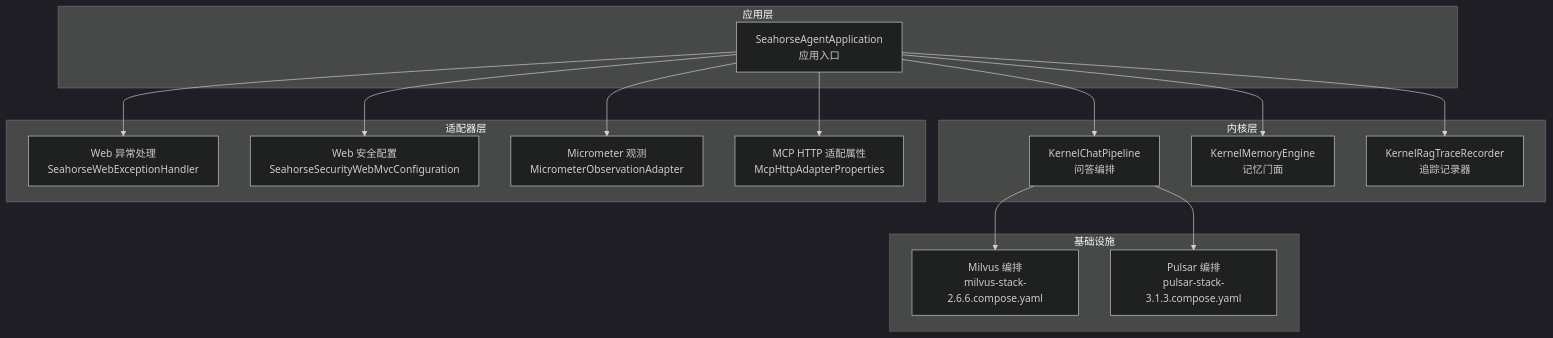
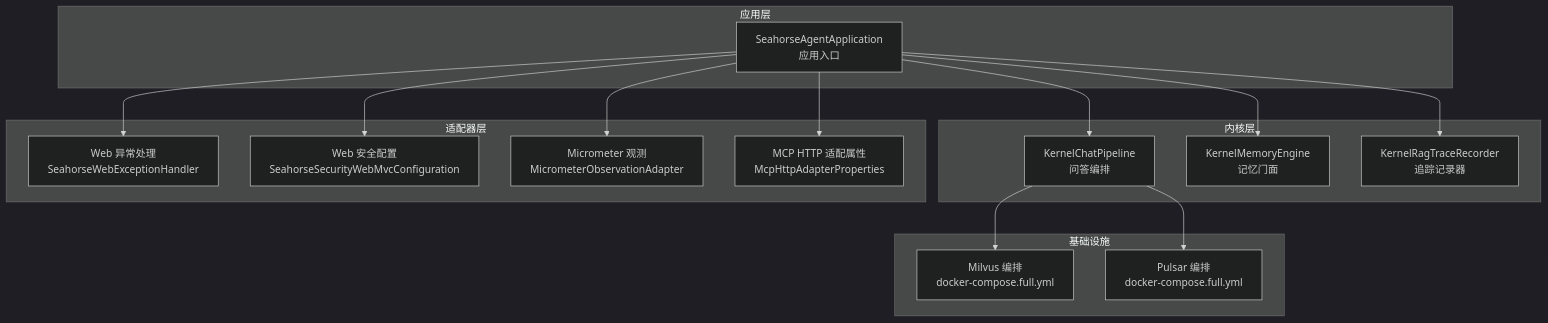
Before and after one commit to onceMisery/seahorse-agent: the first of 9 diagrams in docs/zh/content/监控运维/故障排查.md, drawn with Mermaid (dark theme). The commit also changed other lines of this file and 71 other files, not shown here.

Commit message:
docs: align docs with current architecture

````diff
--- a/docs/zh/content/监控运维/故障排查.md
+++ b/docs/zh/content/监控运维/故障排查.md
@@ -44,30 +44,30 @@
 ```mermaid
 graph TB
 subgraph "应用层"
 APP["SeahorseAgentApplication<br/>应用入口"]
 end
 subgraph "内核层"
 KCP["KernelChatPipeline<br/>问答编排"]
 KME["KernelMemoryEngine<br/>记忆门面"]
 KRT["KernelRagTraceRecorder<br/>追踪记录器"]
 end
 subgraph "适配器层"
 WEB["Web 异常处理<br/>SeahorseWebExceptionHandler"]
 SEC["Web 安全配置<br/>SeahorseSecurityWebMvcConfiguration"]
 OBS["Micrometer 观测<br/>MicrometerObservationAdapter"]
 MCP["MCP HTTP 适配属性<br/>McpHttpAdapterProperties"]
 end
 subgraph "基础设施"
-MILVUS["Milvus 编排<br/>milvus-stack-2.6.6.compose.yaml"]
-PULSAR["Pulsar 编排<br/>pulsar-stack-3.1.3.compose.yaml"]
+MILVUS["Milvus 编排<br/>docker-compose.full.yml"]
+PULSAR["Pulsar 编排<br/>docker-compose.full.yml"]
 end
 APP --> KCP
 APP --> KME
 APP --> KRT
 APP --> WEB
 APP --> SEC
 APP --> OBS
 APP --> MCP
 KCP --> MILVUS
 KCP --> PULSAR
 ```
````
